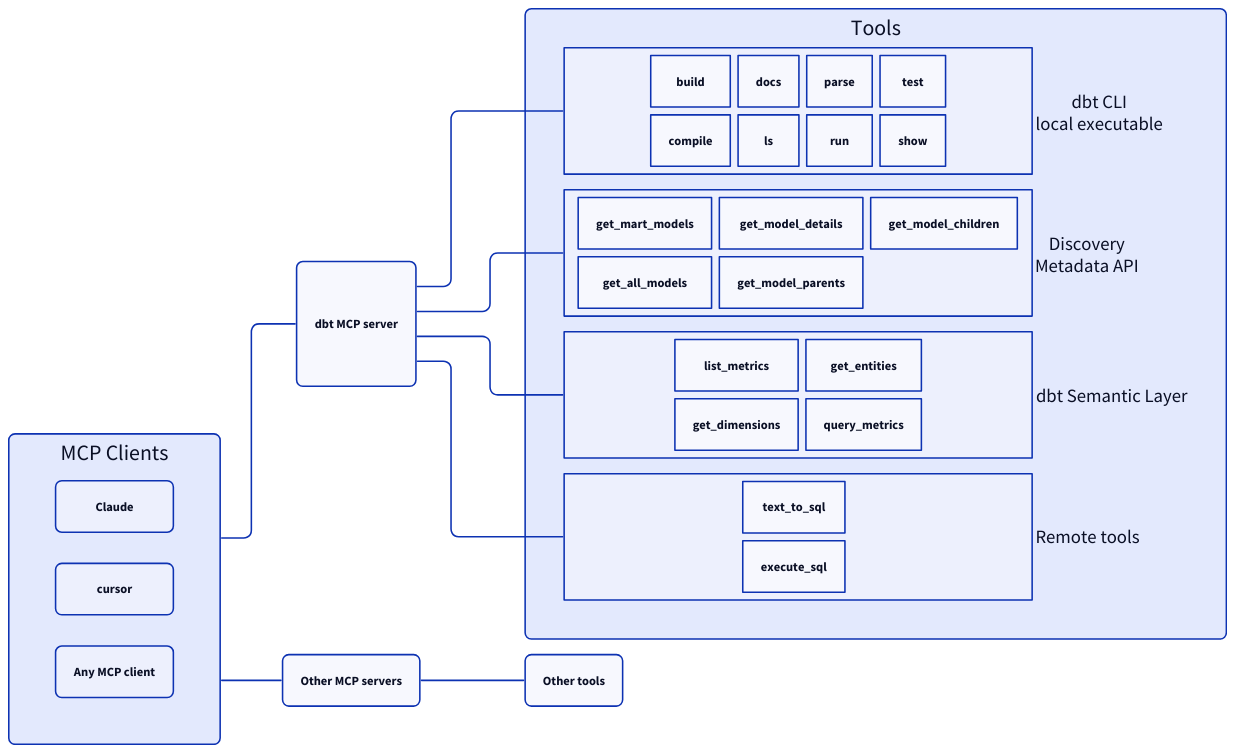
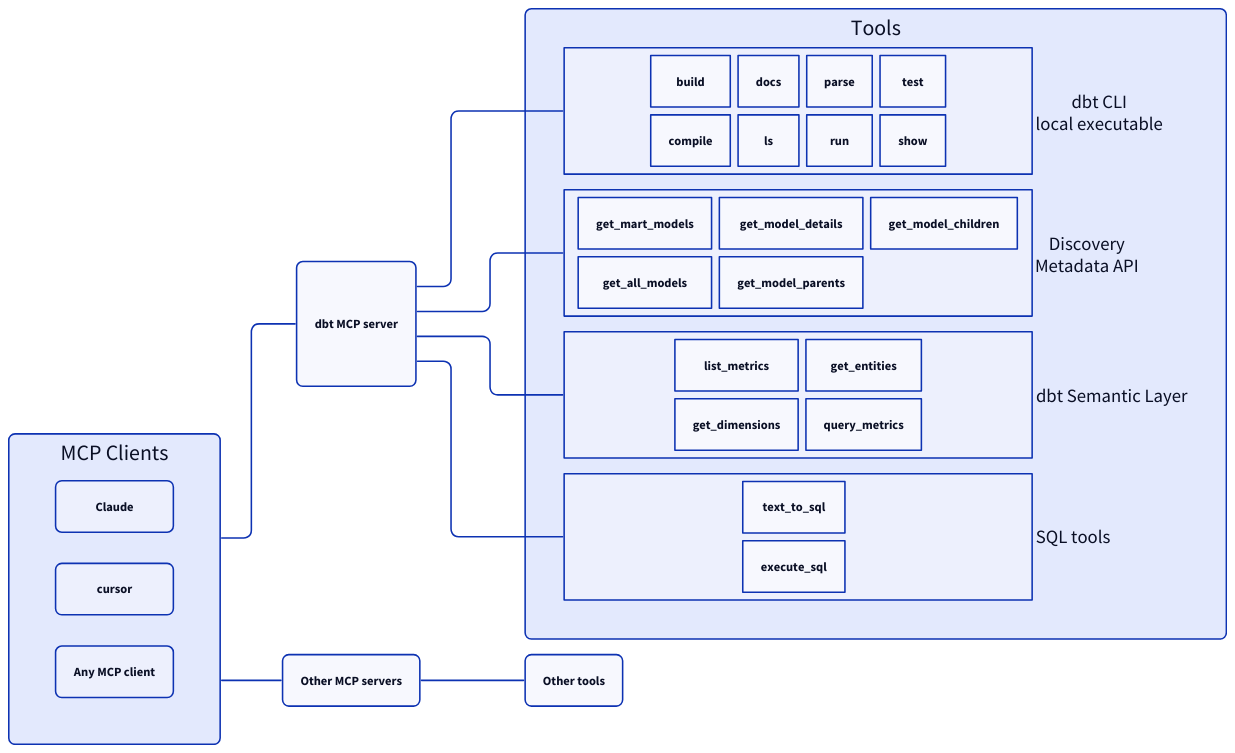
The diagram in docs/diagram.d2 (dbt-labs/dbt-mcp), drawn with D2 before and after one commit. The commit also changed 12 other files, not shown here.

Commit message:
Rename Remote Tools to SQL Tools

```diff
--- a/docs/diagram.d2
+++ b/docs/diagram.d2
@@ -1,78 +1,78 @@
 vars: {
   d2-config: {
     layout-engine: elk
   }
 }
 
 direction: right
 *.style.border-radius: 8
 
 classes: {
   container: {
     grid-columns: 2
     grid-rows: 2
     grid-gap: 10
     width: 600
     *.style.border-radius: 8
   }
 }
 
 mcp: dbt MCP server
 
 tools: Tools {
   cli: dbt CLI\nlocal executable {
     label.near: outside-right-center
     class: container
     build
     compile
     docs
     ls
     parse
     run
     test
     show
   }
 
   discovery: Discovery\nMetadata API {
     label.near: outside-right-center
     class: container
     get_mart_models
     get_all_models
     get_model_details
     get_model_parents
     get_model_children
   }
 
   sl: dbt Semantic Layer {
     label.near: outside-right-center
     class: container
     list_metrics
     get_dimensions
     get_entities
     query_metrics
   }
 
-  remote: Remote tools {
+  sql: SQL tools {
     label.near: outside-right-center
     class: container
     text_to_sql
     execute_sql
   }
 }
 
 mcp -- tools.*
 
 clients: MCP Clients {
   grid-columns: 1
   *.style.border-radius: 8
   Claude
   cursor
   mcp_clients: Any MCP client
 }
 
 other_mcp: Other MCP servers
 other_tools: Other tools
 
 clients -- mcp
 clients -- other_mcp
 other_mcp -- other_tools
```
